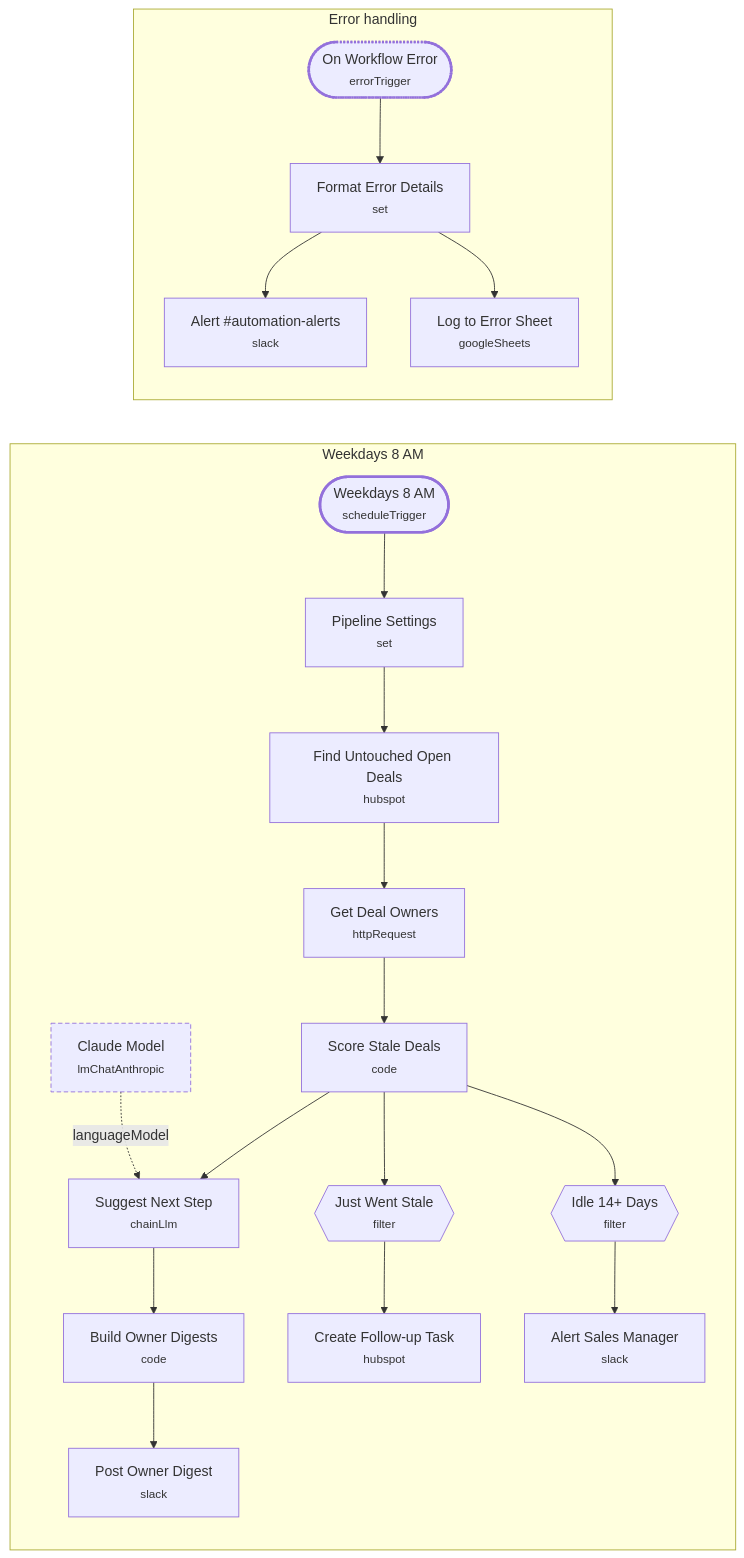
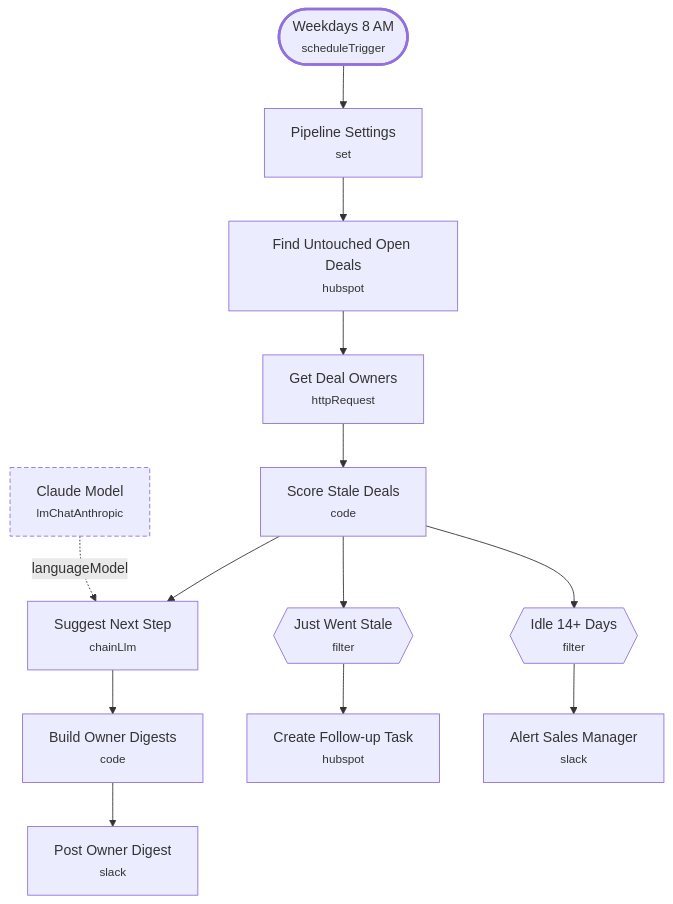
One commit to Redsf/n8n-workflows changed the diagram in stale_deal_reminder/README.md. Above: the diagram before and after it, drawn with Mermaid. The commit also changed other lines of this file and 33 other files, not shown here.

First line of the commit message:
refactor: single-chain lead & sales workflows with shared error handler

````diff
--- a/stale_deal_reminder/README.md
+++ b/stale_deal_reminder/README.md
@@ -39,47 +38,35 @@
 ```mermaid
-flowchart LR
-    subgraph G0 ["Weekdays 8 AM"]
-        N0(["Weekdays 8 AM<br/><small>scheduleTrigger</small>"])
-        N1["Pipeline Settings<br/><small>set</small>"]
-        N2["Find Untouched Open Deals<br/><small>hubspot</small>"]
-        N3["Get Deal Owners<br/><small>httpRequest</small>"]
-        N4["Score Stale Deals<br/><small>code</small>"]
-        N5["Suggest Next Step<br/><small>chainLlm</small>"]
-        N6["Claude Model<br/><small>lmChatAnthropic</small>"]
-        N7["Build Owner Digests<br/><small>code</small>"]
-        N8["Post Owner Digest<br/><small>slack</small>"]
-        N9{{"Just Went Stale<br/><small>filter</small>"}}
-        N10["Create Follow-up Task<br/><small>hubspot</small>"]
-        N11{{"Idle 14+ Days<br/><small>filter</small>"}}
-        N12["Alert Sales Manager<br/><small>slack</small>"]
-    end
-    subgraph G1 ["Error handling"]
-        N13(["On Workflow Error<br/><small>errorTrigger</small>"])
-        N14["Format Error Details<br/><small>set</small>"]
-        N15["Alert #automation-alerts<br/><small>slack</small>"]
-        N16["Log to Error Sheet<br/><small>googleSheets</small>"]
-    end
+flowchart TD
+    N0(["Weekdays 8 AM<br/><small>scheduleTrigger</small>"])
+    N1["Pipeline Settings<br/><small>set</small>"]
+    N2["Find Untouched Open Deals<br/><small>hubspot</small>"]
+    N3["Get Deal Owners<br/><small>httpRequest</small>"]
+    N4["Score Stale Deals<br/><small>code</small>"]
+    N5["Suggest Next Step<br/><small>chainLlm</small>"]
+    N6["Claude Model<br/><small>lmChatAnthropic</small>"]
+    N7["Build Owner Digests<br/><small>code</small>"]
+    N8["Post Owner Digest<br/><small>slack</small>"]
+    N9{{"Just Went Stale<br/><small>filter</small>"}}
+    N10["Create Follow-up Task<br/><small>hubspot</small>"]
+    N11{{"Idle 14+ Days<br/><small>filter</small>"}}
+    N12["Alert Sales Manager<br/><small>slack</small>"]
     N0 --> N1
     N1 --> N2
     N2 --> N3
     N3 --> N4
     N4 --> N5
     N4 --> N9
     N4 --> N11
     N5 --> N7
     N7 --> N8
     N9 --> N10
     N11 --> N12
-    N13 --> N14
-    N14 --> N15
-    N14 --> N16
     N6 -.languageModel.-> N5
 
     class N0 trigger
-    class N13 errorPath
     class N6 aiSubnode
     classDef trigger stroke-width:3px
     classDef aiSubnode stroke-dasharray:5 3
     classDef errorPath stroke-width:3px,stroke-dasharray:2 2
     classDef disabled stroke-dasharray:1 4,opacity:0.45
 ```
````
